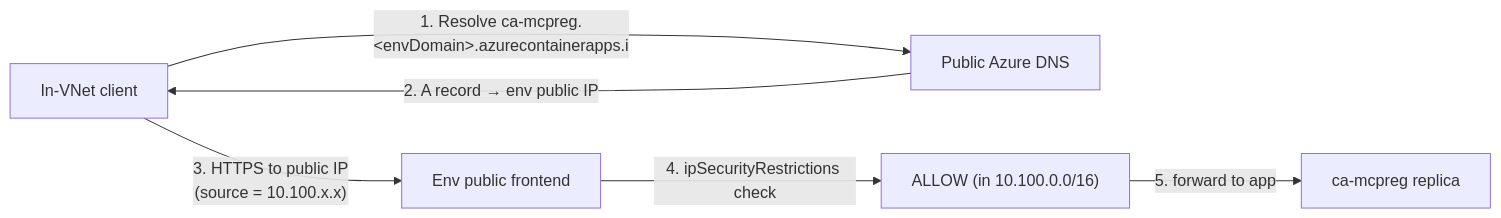
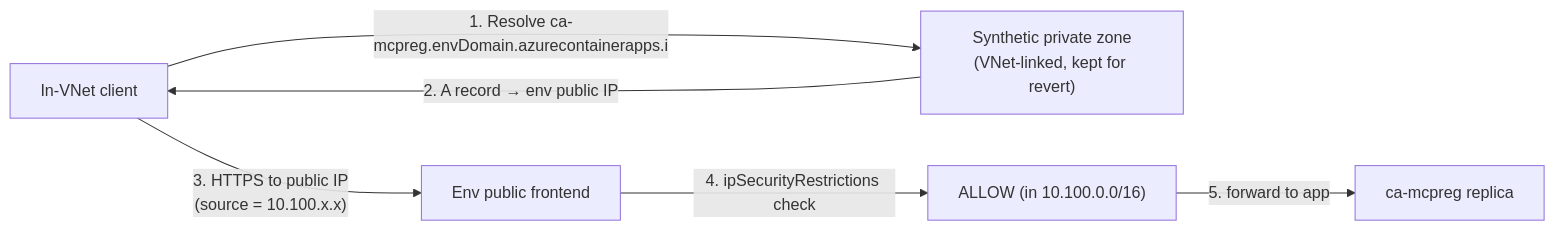
Before and after one commit to gwexler-msft/MCPRegistry: the sixth of 6 diagrams in docs/architecture-option-b.md, drawn with Mermaid. The commit also changed other lines of this file, not shown here.

````diff
--- a/docs/architecture-option-b.md
+++ b/docs/architecture-option-b.md
@@ -242,8 +249,8 @@
 ```mermaid
 flowchart LR
-    Client["In-VNet client"] --1. Resolve ca-mcpreg.&lt;envDomain&gt;.azurecontainerapps.io--> AzDNS["Public Azure DNS"]
-    AzDNS --2. A record → env public IP--> Client
+    Client["In-VNet client"] --1. Resolve ca-mcpreg.envDomain.azurecontainerapps.io--> PrivDNS["Synthetic private zone<br/>(VNet-linked, kept for revert)"]
+    PrivDNS --2. A record → env public IP--> Client
     Client --3. HTTPS to public IP<br/>(source = 10.100.x.x)--> ENV["Env public frontend"]
     ENV --4. ipSecurityRestrictions check--> Filter["ALLOW (in 10.100.0.0/16)"]
     Filter --5. forward to app--> APP["ca-mcpreg replica"]
 ```
````
